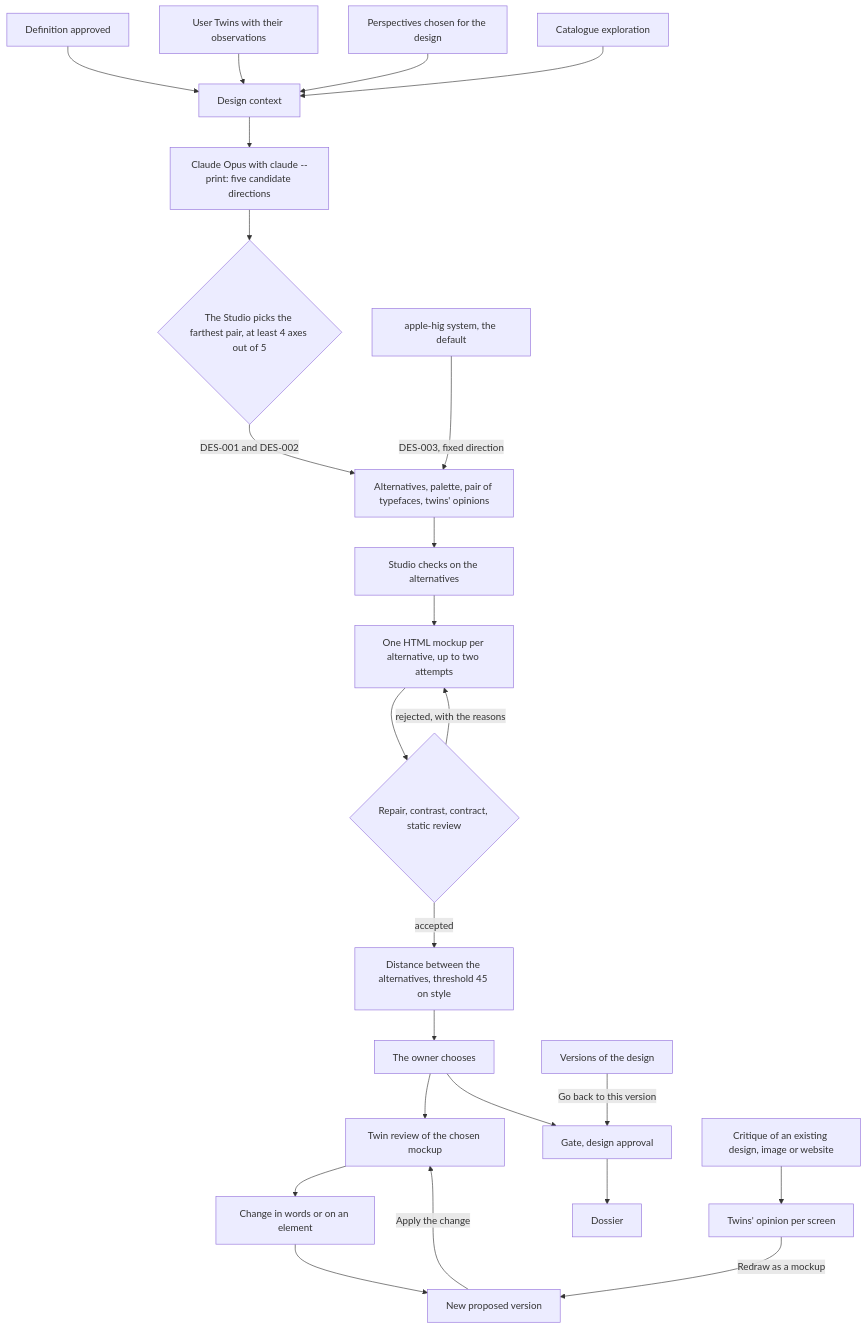
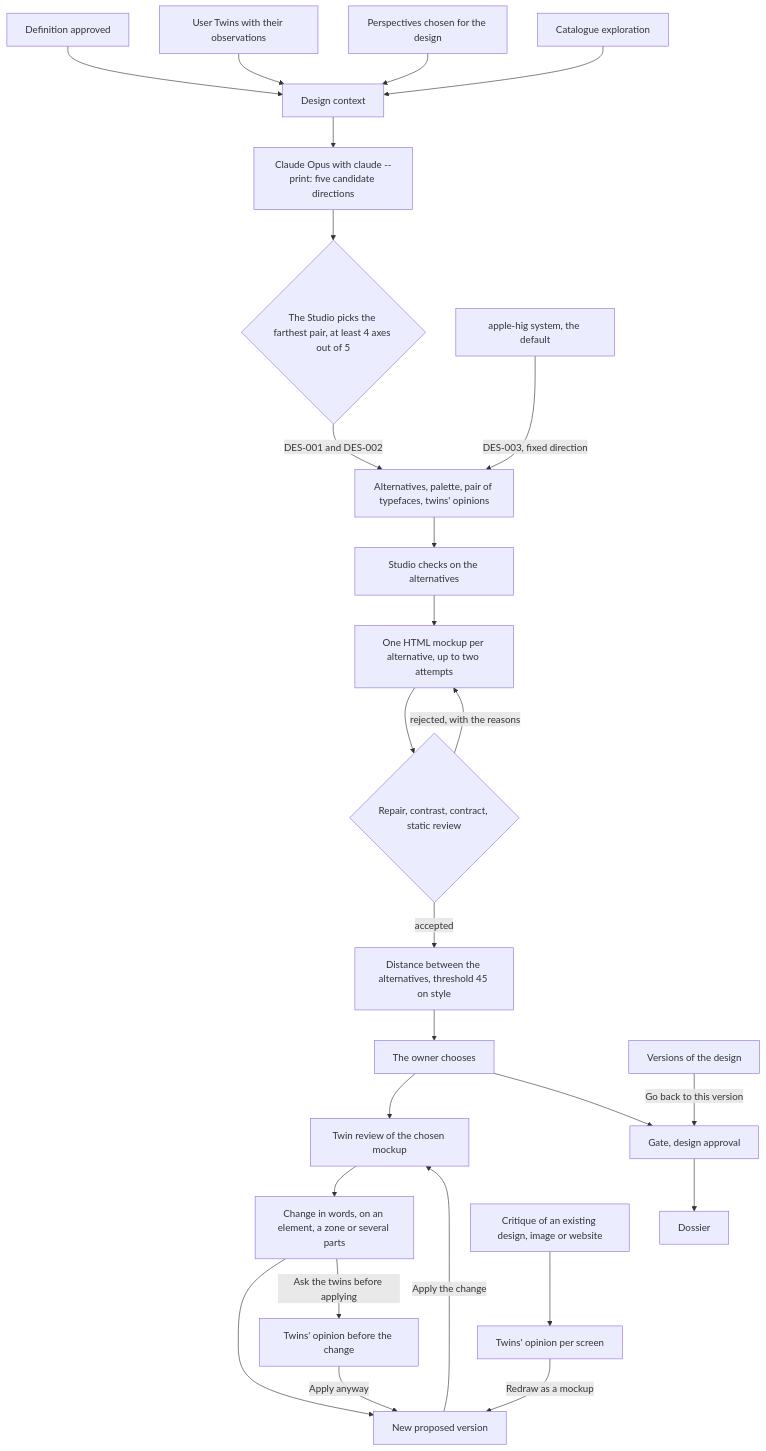
One commit to AlexTesta00/orchestwin-studio changed the diagram in docs/design/index.md. Above: the diagram before and after it, drawn with Mermaid. The commit also changed other lines of this file and 19 other files, not shown here.

Commit message:
docs(docs): describe pointing at zones, the opinion before a change and the declared corrections

````diff
--- a/docs/design/index.md
+++ b/docs/design/index.md
@@ -43,26 +43,28 @@
 ```mermaid
 flowchart TD
     D["Definition approved"] --> C["Design context"]
     T["User Twins with their observations"] --> C
     P["Perspectives chosen for the design"] --> C
     X["Catalogue exploration"] --> C
     C --> K["Claude Opus with claude --print: five candidate directions"]
     K --> S{"The Studio picks the farthest pair, at least 4 axes out of 5"}
     S -->|"DES-001 and DES-002"| A["Alternatives, palette, pair of typefaces, twins' opinions"]
     H["apple-hig system, the default"] -->|"DES-003, fixed direction"| A
     A --> B["Studio checks on the alternatives"]
     B --> M["One HTML mockup per alternative, up to two attempts"]
     M --> V{"Repair, contrast, contract, static review"}
     V -->|"rejected, with the reasons"| M
     V -->|"accepted"| Q["Distance between the alternatives, threshold 45 on style"]
     Q --> O["The owner chooses"]
     O --> R["Twin review of the chosen mockup"]
-    R --> I["Change in words or on an element"]
+    R --> I["Change in words, on an element, a zone or several parts"]
     I --> N["New proposed version"]
+    I -->|"Ask the twins before applying"| J["Twins' opinion before the change"]
+    J -->|"Apply anyway"| N
     N -->|"Apply the change"| R
     O --> G["Gate, design approval"]
     G --> F["Dossier"]
     U["Critique of an existing design, image or website"] --> W["Twins' opinion per screen"]
     W -->|"Redraw as a mockup"| N
     Y["Versions of the design"] -->|"Go back to this version"| G
 ```
````
